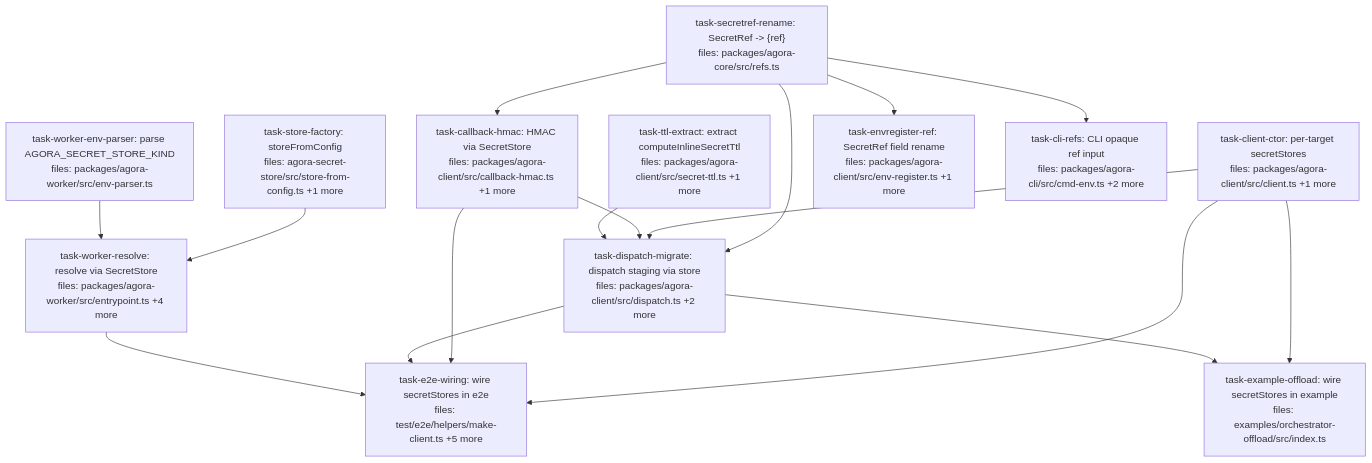
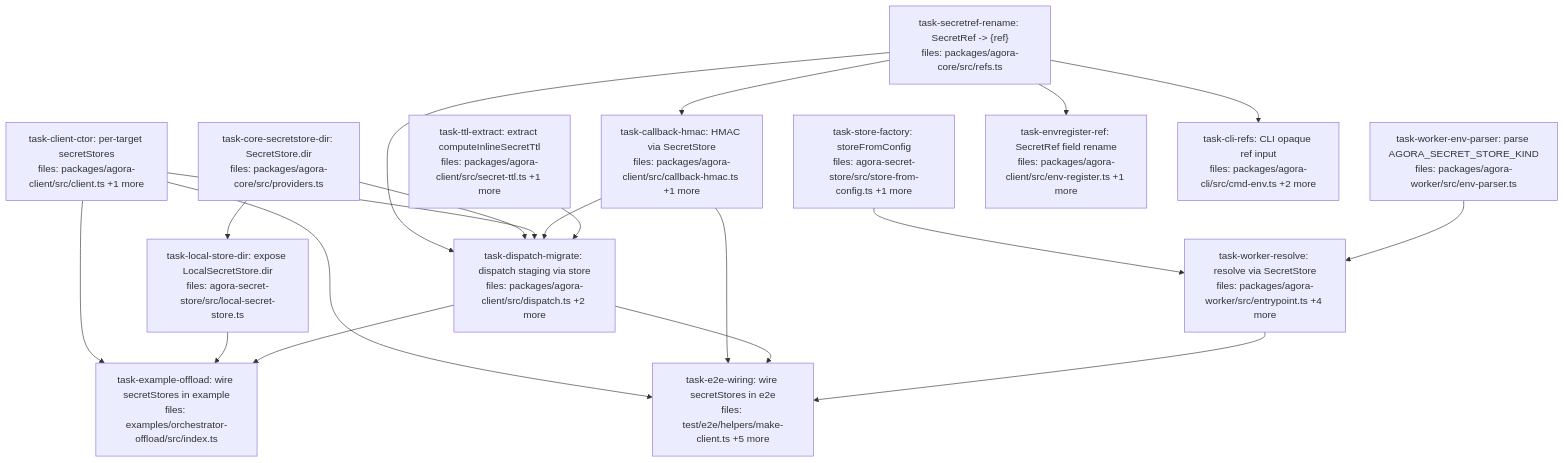
Before and after one commit to QuarrySystems/pangolin: the diagram in docs/superpowers/plans/2026-05-29-secretstore-unification-pr4a-dag.md, drawn with Mermaid. The commit also changed other lines of this file, not shown here.

First line of the commit message:
docs(orchestrator): fold secretstore-unification audit fixes into PR4a plan

````diff
--- a/docs/superpowers/plans/2026-05-29-secretstore-unification-pr4a-dag.md
+++ b/docs/superpowers/plans/2026-05-29-secretstore-unification-pr4a-dag.md
@@ -6,37 +6,42 @@
 ```mermaid
 flowchart TD
     task-secretref-rename["task-secretref-rename: SecretRef -> {ref}<br/>files: packages/agora-core/src/refs.ts"]
+    task-core-secretstore-dir["task-core-secretstore-dir: SecretStore.dir<br/>files: packages/agora-core/src/providers.ts"]
     task-store-factory["task-store-factory: storeFromConfig<br/>files: agora-secret-store/src/store-from-config.ts +1 more"]
+    task-local-store-dir["task-local-store-dir: expose LocalSecretStore.dir<br/>files: agora-secret-store/src/local-secret-store.ts"]
     task-client-ctor["task-client-ctor: per-target secretStores<br/>files: packages/agora-client/src/client.ts +1 more"]
     task-ttl-extract["task-ttl-extract: extract computeInlineSecretTtl<br/>files: packages/agora-client/src/secret-ttl.ts +1 more"]
     task-worker-env-parser["task-worker-env-parser: parse AGORA_SECRET_STORE_KIND<br/>files: packages/agora-worker/src/env-parser.ts"]
     task-callback-hmac["task-callback-hmac: HMAC via SecretStore<br/>files: packages/agora-client/src/callback-hmac.ts +1 more"]
     task-dispatch-migrate["task-dispatch-migrate: dispatch staging via store<br/>files: packages/agora-client/src/dispatch.ts +2 more"]
     task-worker-resolve["task-worker-resolve: resolve via SecretStore<br/>files: packages/agora-worker/src/entrypoint.ts +4 more"]
     task-envregister-ref["task-envregister-ref: SecretRef field rename<br/>files: packages/agora-client/src/env-register.ts +1 more"]
     task-cli-refs["task-cli-refs: CLI opaque ref input<br/>files: packages/agora-cli/src/cmd-env.ts +2 more"]
     task-e2e-wiring["task-e2e-wiring: wire secretStores in e2e<br/>files: test/e2e/helpers/make-client.ts +5 more"]
     task-example-offload["task-example-offload: wire secretStores in example<br/>files: examples/orchestrator-offload/src/index.ts"]
 
     task-secretref-rename --> task-callback-hmac
     task-secretref-rename --> task-dispatch-migrate
     task-secretref-rename --> task-envregister-ref
     task-secretref-rename --> task-cli-refs
+    task-core-secretstore-dir --> task-local-store-dir
+    task-core-secretstore-dir --> task-dispatch-migrate
     task-client-ctor --> task-dispatch-migrate
     task-callback-hmac --> task-dispatch-migrate
     task-ttl-extract --> task-dispatch-migrate
     task-store-factory --> task-worker-resolve
     task-worker-env-parser --> task-worker-resolve
     task-client-ctor --> task-e2e-wiring
     task-callback-hmac --> task-e2e-wiring
     task-dispatch-migrate --> task-e2e-wiring
     task-worker-resolve --> task-e2e-wiring
     task-client-ctor --> task-example-offload
+    task-local-store-dir --> task-example-offload
     task-dispatch-migrate --> task-example-offload
 
     classDef done fill:#90ee90,stroke:#333
     classDef ready fill:#fffacd,stroke:#333
     classDef running fill:#87ceeb,stroke:#333
     classDef failed fill:#ffb6c1,stroke:#333
     classDef skipped fill:#d3d3d3,stroke:#333,stroke-dasharray: 5 5
 ```
````
